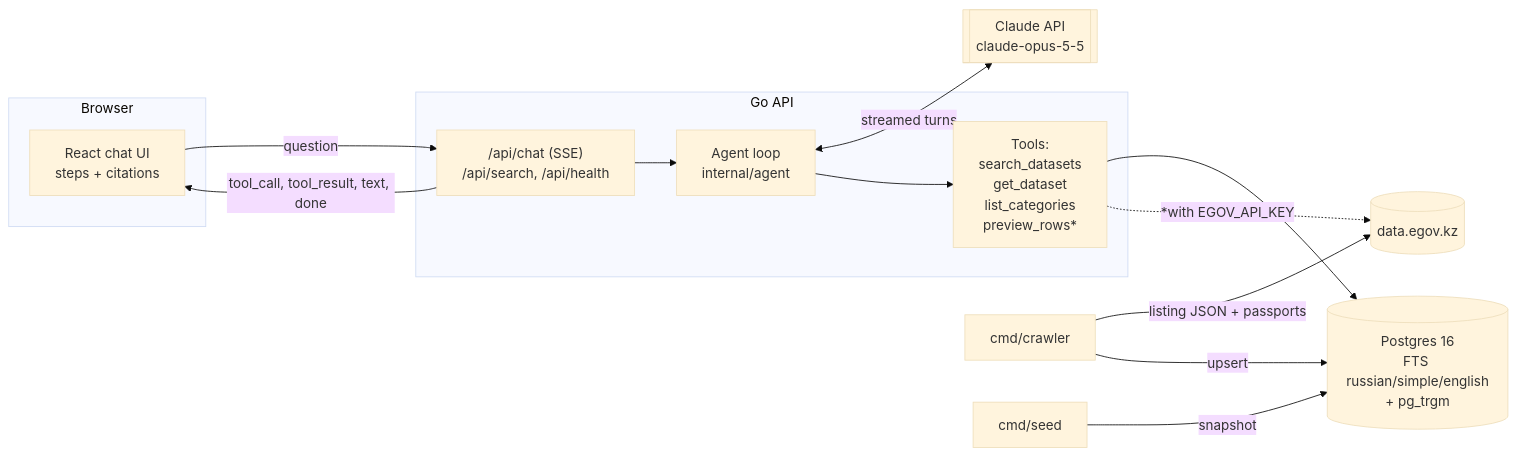
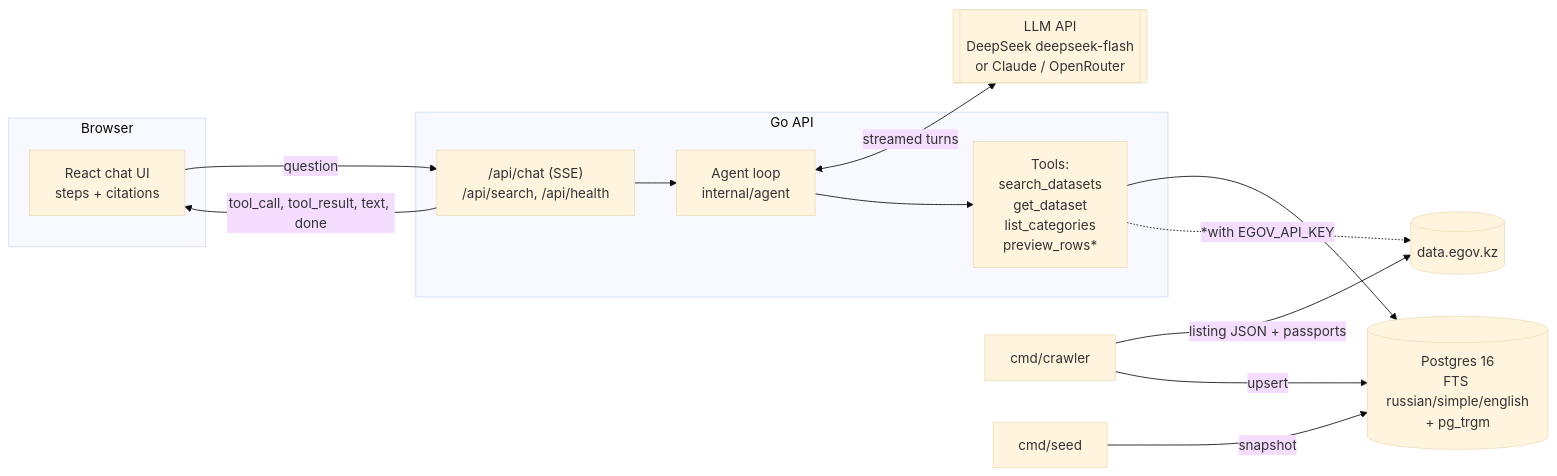
The diagram in README.md (Yerassyl20036/egov-web-crawler), drawn with Mermaid (base theme) before and after one commit. The commit also changed other lines of this file and 14 other files, not shown here.

First line of the commit message:
Run the agent on DeepSeek or any OpenAI-compatible API, not only Claude

````diff
--- a/README.md
+++ b/README.md
@@ -33,24 +33,24 @@
 ```mermaid
 flowchart LR
     subgraph Browser
         UI[React chat UI<br/>steps + citations]
     end
     subgraph Go API
         HTTP["/api/chat (SSE)<br/>/api/search, /api/health"]
         AGENT[Agent loop<br/>internal/agent]
         TOOLS[Tools:<br/>search_datasets<br/>get_dataset<br/>list_categories<br/>preview_rows*]
     end
     PG[(Postgres 16<br/>FTS russian/simple/english<br/>+ pg_trgm)]
-    CLAUDE[[Claude API<br/>claude-opus-5-5]]
+    LLM[[LLM API<br/>DeepSeek deepseek-flash<br/>or Claude / OpenRouter]]
     PORTAL[(data.egov.kz)]
     CRAWLER[cmd/crawler] -->|listing JSON + passports| PORTAL
     CRAWLER -->|upsert| PG
     SEED[cmd/seed] -->|snapshot| PG
     UI -->|question| HTTP
     HTTP --> AGENT
-    AGENT <-->|streamed turns| CLAUDE
+    AGENT <-->|streamed turns| LLM
     AGENT --> TOOLS
     TOOLS --> PG
     TOOLS -.->|*with EGOV_API_KEY| PORTAL
     HTTP -->|tool_call, tool_result, text, done| UI
 ```
````
